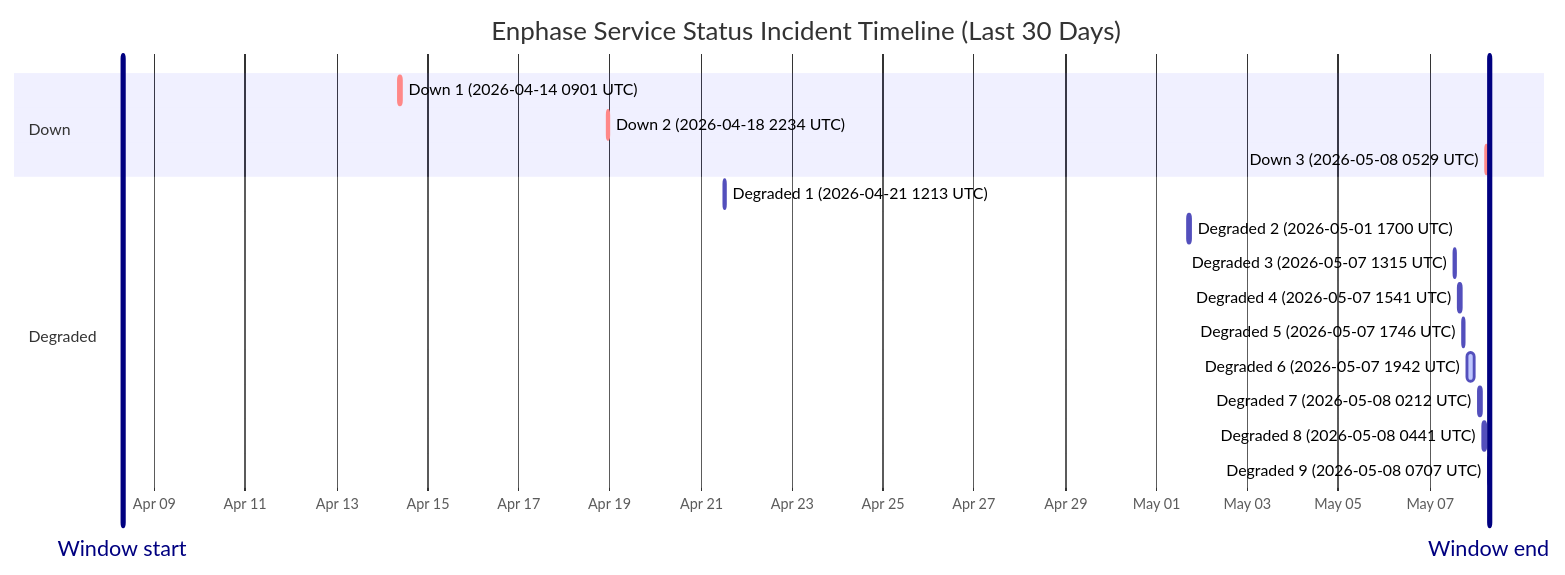
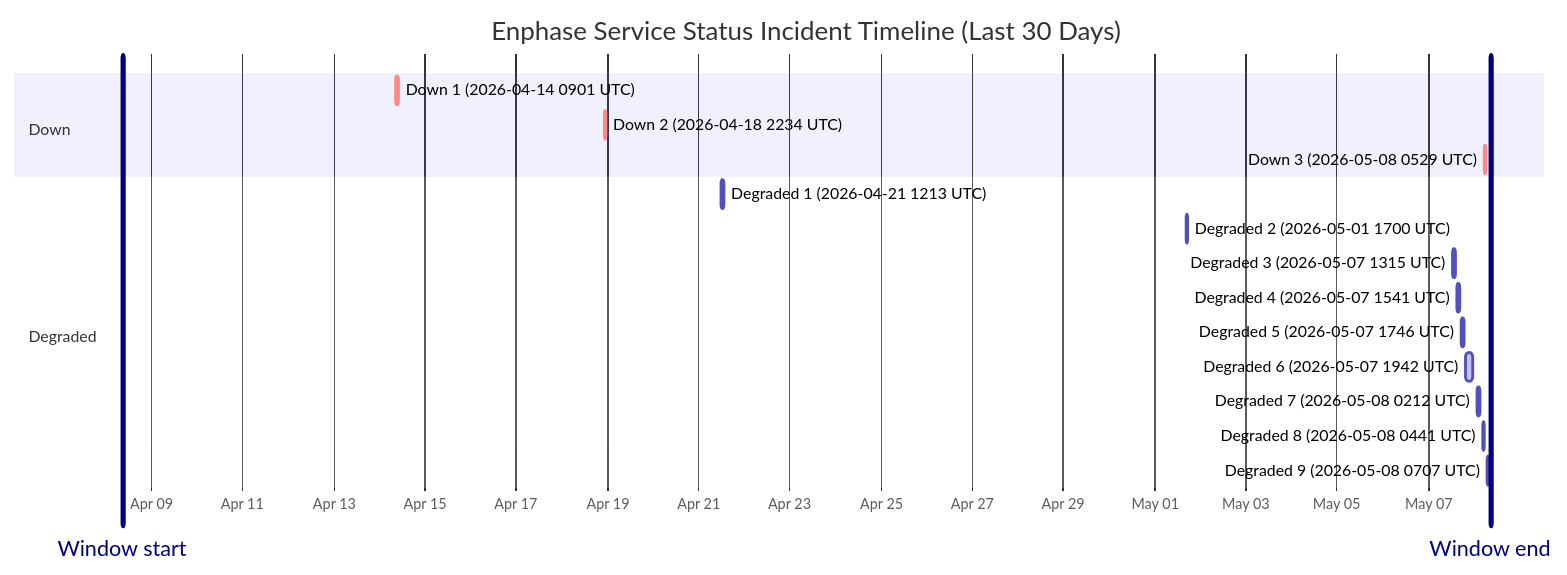
One commit to barneyonline/ha-enphase-ev-charger changed the diagram in wiki/Service-Status-History.md. Above: the diagram before and after it, drawn with Mermaid. The commit also changed other lines of this file and 5 other files, not shown here.

````diff
--- a/wiki/Service-Status-History.md
+++ b/wiki/Service-Status-History.md
@@ -14,22 +14,22 @@
 ```mermaid
 gantt
     title Enphase Service Status Incident Timeline (Last 30 Days)
     dateFormat  YYYY-MM-DDTHH:mm:ss
     axisFormat  %b %d
-    Window start :vert, window-start, 2026-04-08T07:07:30, 0ms
-    Window end :vert, window-end, 2026-05-08T07:07:30, 0ms
+    Window start :vert, window-start, 2026-04-08T08:47:20, 0ms
+    Window end :vert, window-end, 2026-05-08T08:47:20, 0ms
     section Down
     Down 1 (2026-04-14 0901 UTC) :crit, down-1, 2026-04-14T09:01:13, 60m
     Down 2 (2026-04-18 2234 UTC) :crit, down-2, 2026-04-18T22:34:13, 60m
     Down 3 (2026-05-08 0529 UTC) :crit, down-3, 2026-05-08T05:29:47, 60m
     section Degraded
     Degraded 1 (2026-04-21 1213 UTC) :active, degraded-1, 2026-04-21T12:13:11, 60m
     Degraded 2 (2026-05-01 1700 UTC) :active, degraded-2, 2026-05-01T17:00:22, 60m
     Degraded 3 (2026-05-07 1315 UTC) :active, degraded-3, 2026-05-07T13:15:25, 60m
     Degraded 4 (2026-05-07 1541 UTC) :active, degraded-4, 2026-05-07T15:41:58, 60m
     Degraded 5 (2026-05-07 1746 UTC) :active, degraded-5, 2026-05-07T17:46:51, 60m
     Degraded 6 (2026-05-07 1942 UTC) :active, degraded-6, 2026-05-07T19:42:10, 249m
     Degraded 7 (2026-05-08 0212 UTC) :active, degraded-7, 2026-05-08T02:12:39, 60m
     Degraded 8 (2026-05-08 0441 UTC) :active, degraded-8, 2026-05-08T04:41:46, 60m
     Degraded 9 (2026-05-08 0707 UTC) :active, degraded-9, 2026-05-08T07:07:30, 60m
 ```
````
